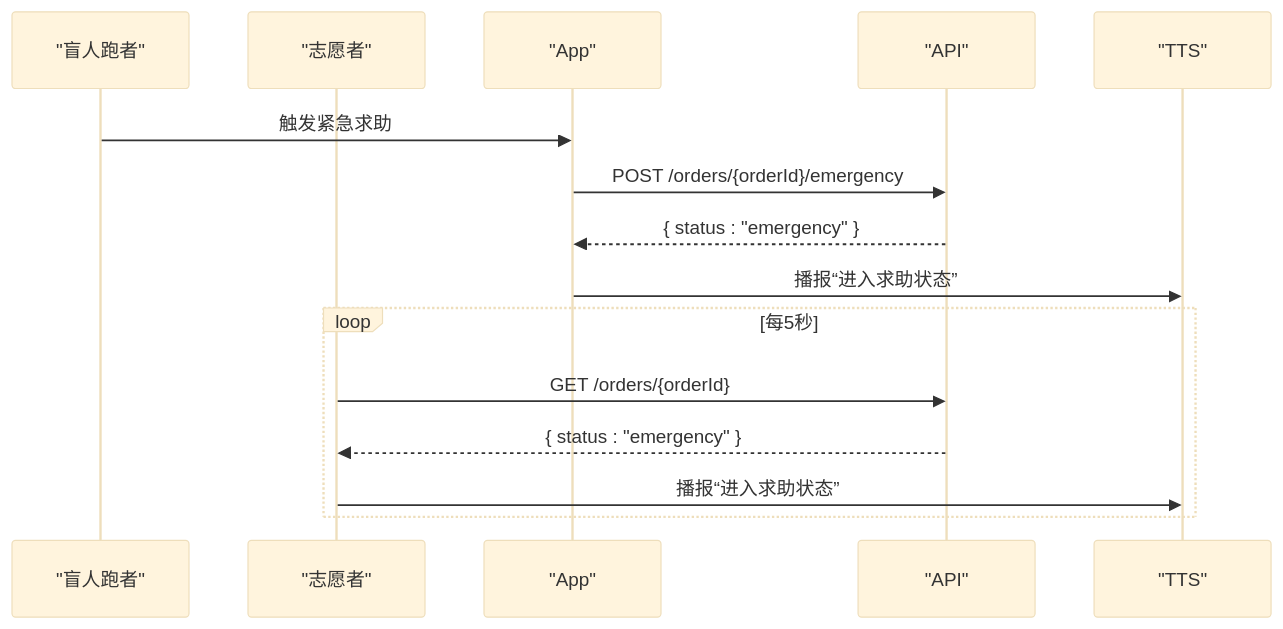
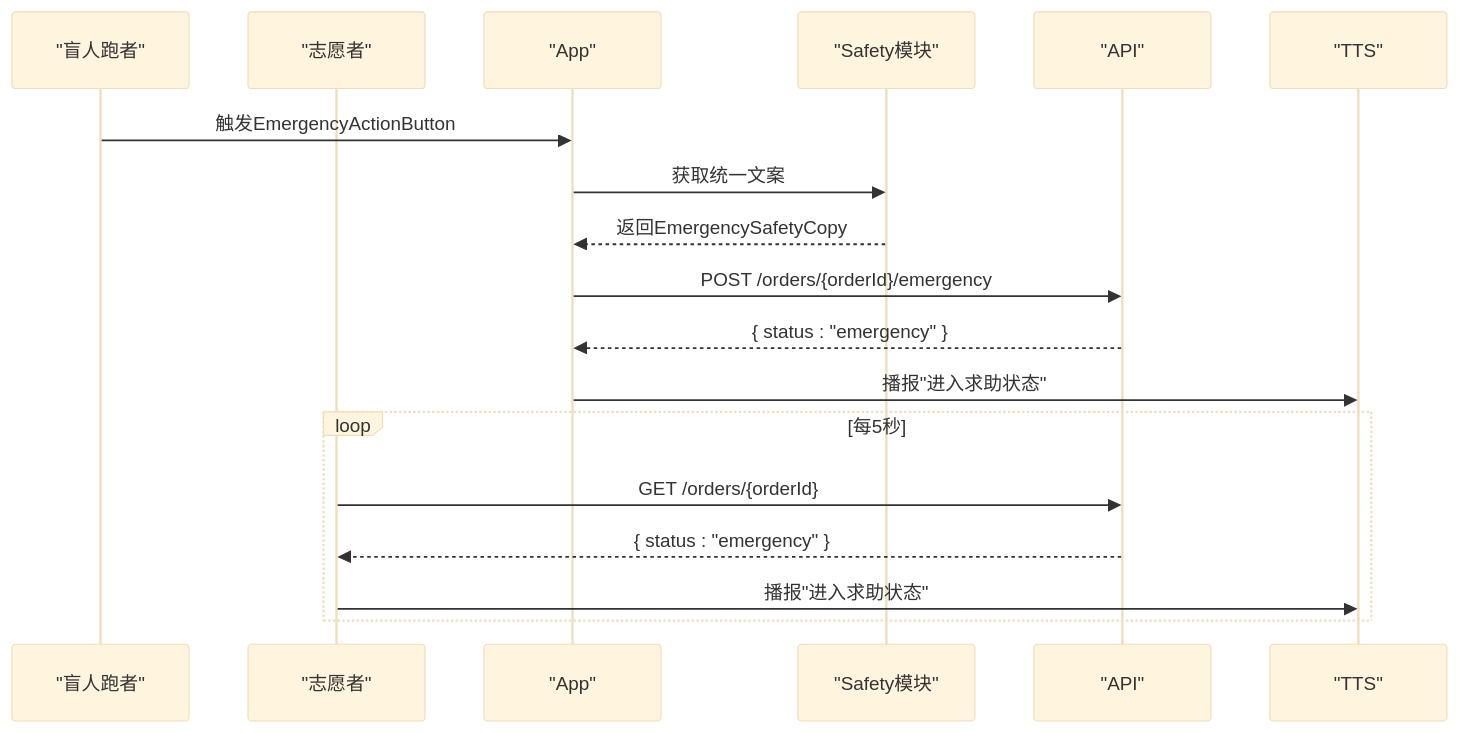
One commit to Jayden23018/blind-run-ios changed the sixth of 7 diagrams in .qoder/repowiki/zh/content/核心功能模块/盲人跑者功能/紧急求助功能.md. Above: the diagram before and after it, drawn with Mermaid (base theme). The commit also changed other lines of this file and 11 other files, not shown here.

````diff
--- a/.qoder/repowiki/zh/content/核心功能模块/盲人跑者功能/紧急求助功能.md
+++ b/.qoder/repowiki/zh/content/核心功能模块/盲人跑者功能/紧急求助功能.md
@@ -134,17 +221,20 @@
 ```mermaid
 sequenceDiagram
 participant Runner as "盲人跑者"
 participant Vol as "志愿者"
 participant App as "App"
+participant Safety as "Safety模块"
 participant API as "API"
 participant TTS as "TTS"
-Runner->>App : 触发紧急求助
+Runner->>App : 触发EmergencyActionButton
+App->>Safety : 获取统一文案
+Safety-->>App : 返回EmergencySafetyCopy
 App->>API : POST /orders/{orderId}/emergency
 API-->>App : { status : "emergency" }
-App->>TTS : 播报“进入求助状态”
+App->>TTS : 播报"进入求助状态"
 loop 每5秒
 Vol->>API : GET /orders/{orderId}
 API-->>Vol : { status : "emergency" }
-Vol->>TTS : 播报“进入求助状态”
+Vol->>TTS : 播报"进入求助状态"
 end
 ```
````
